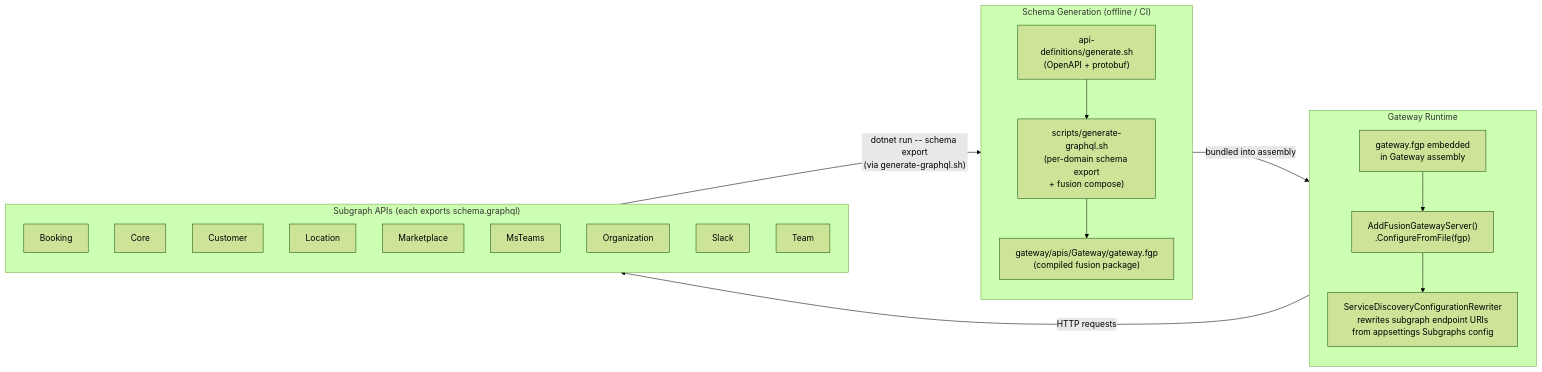
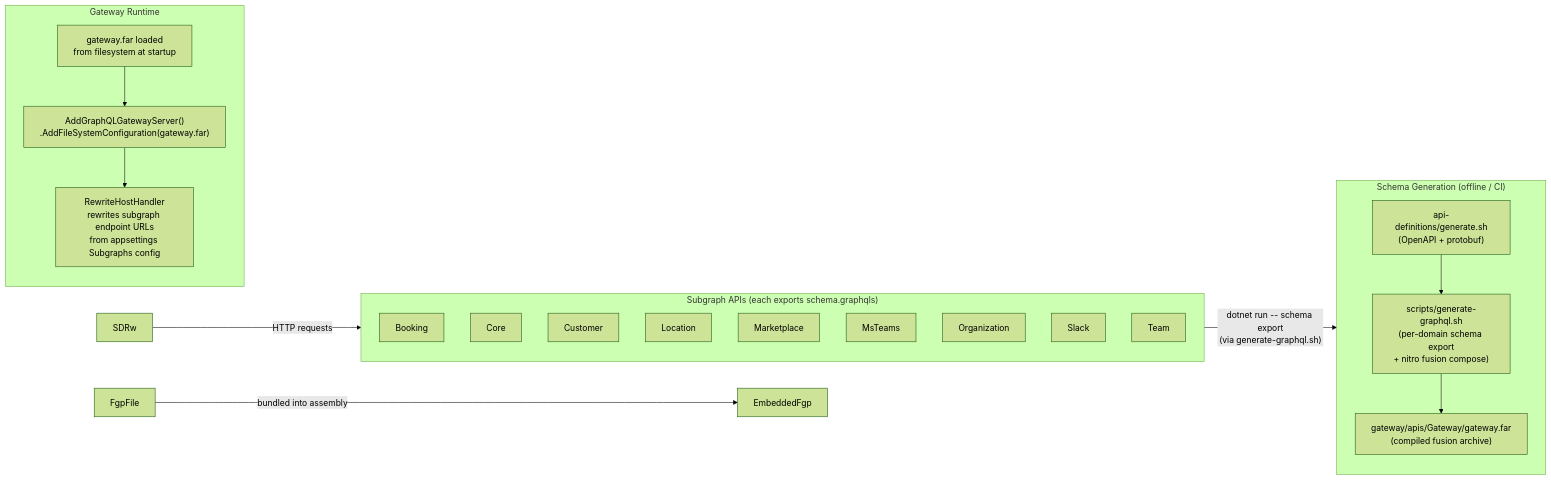
The third of 8 diagrams in gateway/docs/architecture/gateway-architecture.md (skedular/skedular), drawn with Mermaid (forest theme) before and after one commit. The commit also changed other lines of this file and 142 other files, not shown here.

````diff
--- a/gateway/docs/architecture/gateway-architecture.md
+++ b/gateway/docs/architecture/gateway-architecture.md
@@ -106,38 +106,38 @@
 ```mermaid
 flowchart LR
     subgraph SchemaGeneration["Schema Generation  (offline / CI)"]
         direction TB
         ProtoGen["api-definitions/generate.sh\n(OpenAPI + protobuf)"]
-        GqlScript["scripts/generate-graphql.sh\n(per-domain schema export\n+ fusion compose)"]
-        FgpFile["gateway/apis/Gateway/gateway.fgp\n(compiled fusion package)"]
+        GqlScript["scripts/generate-graphql.sh\n(per-domain schema export\n+ nitro fusion compose)"]
+        FarFile["gateway/apis/Gateway/gateway.far\n(compiled fusion archive)"]
 
         ProtoGen --> GqlScript
-        GqlScript --> FgpFile
+        GqlScript --> FarFile
     end
 
     subgraph GatewayRuntime["Gateway Runtime"]
         direction TB
-        EmbeddedFgp["gateway.fgp embedded\nin Gateway assembly"]
-        FusionServer["AddFusionGatewayServer()\n.ConfigureFromFile(fgp)"]
-        SDRw["ServiceDiscoveryConfigurationRewriter\nrewrites subgraph endpoint URIs\nfrom appsettings Subgraphs config"]
+        FarFileRT["gateway.far loaded\nfrom filesystem at startup"]
+        FusionServer["AddGraphQLGatewayServer()\n.AddFileSystemConfiguration(gateway.far)"]
+        RewriteHnd["RewriteHostHandler\nrewrites subgraph endpoint URLs\nfrom appsettings Subgraphs config"]
 
-        EmbeddedFgp --> FusionServer
-        FusionServer --> SDRw
+        FarFileRT --> FusionServer
+        FusionServer --> RewriteHnd
     end
 
-    subgraph Subgraphs["Subgraph APIs (each exports schema.graphql)"]
+    subgraph Subgraphs["Subgraph APIs (each exports schema.graphqls)"]
         B["Booking"]
         Co["Core"]
         Cu["Customer"]
         L["Location"]
         M["Marketplace"]
         MT["MsTeams"]
         O["Organization"]
         S["Slack"]
         T["Team"]
     end
 
     Subgraphs -->|"dotnet run -- schema export\n(via generate-graphql.sh)"| GqlScript
     FgpFile -->|"bundled into assembly"| EmbeddedFgp
     SDRw -->|"HTTP requests"| Subgraphs
 ```
````
